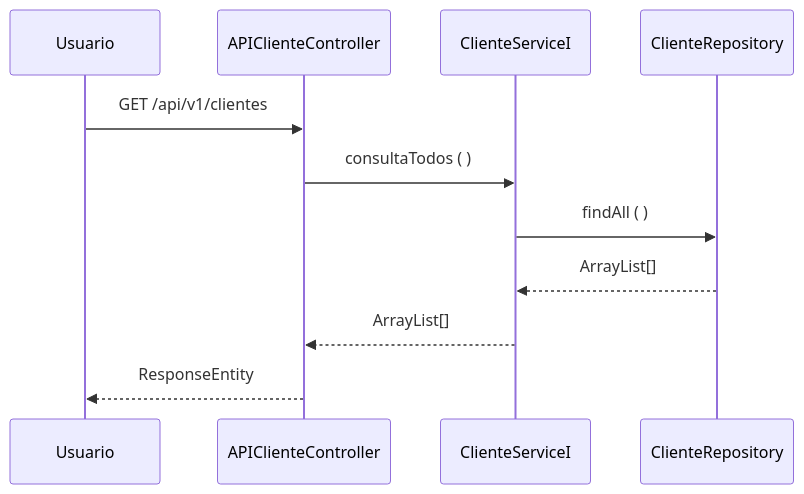
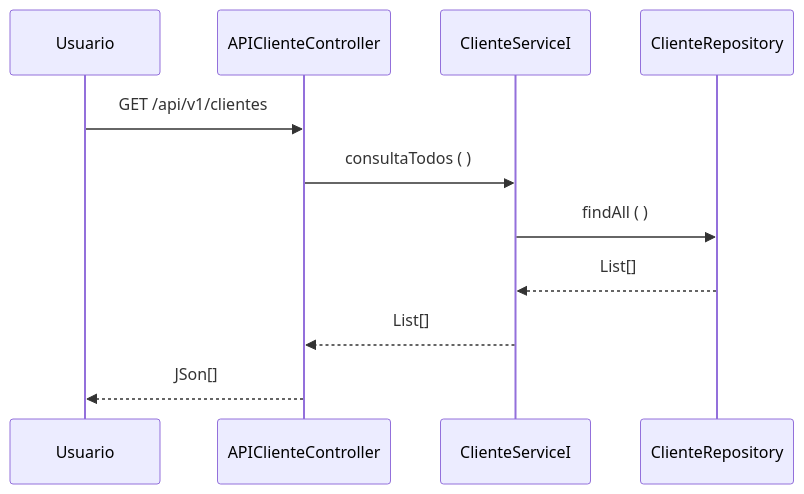
Before and after one commit to almeida1/dw2-cap06-grupox-web: the third of 3 diagrams in README.md, drawn with Mermaid. The commit also changed other lines of this file, not shown here.

````diff
--- a/README.md
+++ b/README.md
@@ -99,9 +100,9 @@
 ```mermaid
 sequenceDiagram 
 Usuario ->> APIClienteController: GET /api/v1/clientes
 APIClienteController ->> ClienteServiceI: consultaTodos ( )
 ClienteServiceI ->> ClienteRepository: findAll ( )
-ClienteRepository -->> ClienteServiceI: ArrayList[]
-ClienteServiceI-->> APIClienteController: ArrayList[]
-APIClienteController -->> Usuario: ResponseEntity
+ClienteRepository -->> ClienteServiceI: List[]
+ClienteServiceI-->> APIClienteController: List[]
+APIClienteController -->> Usuario: JSon[]
 ```
````
